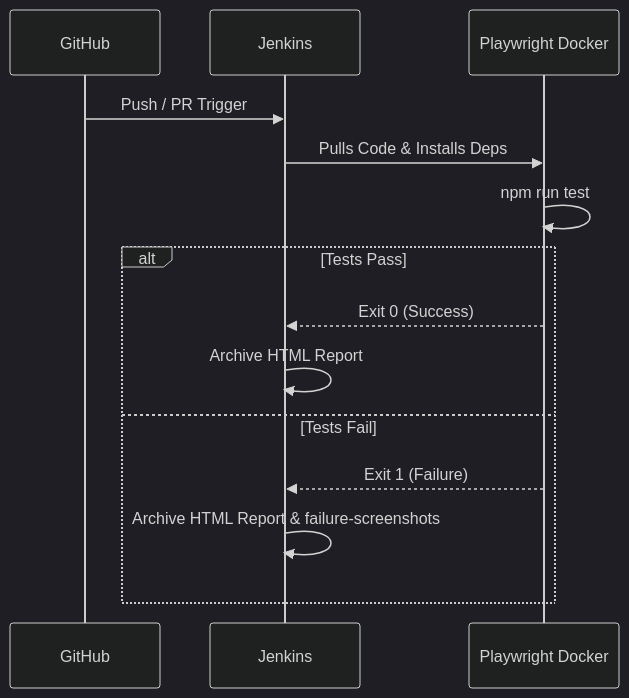
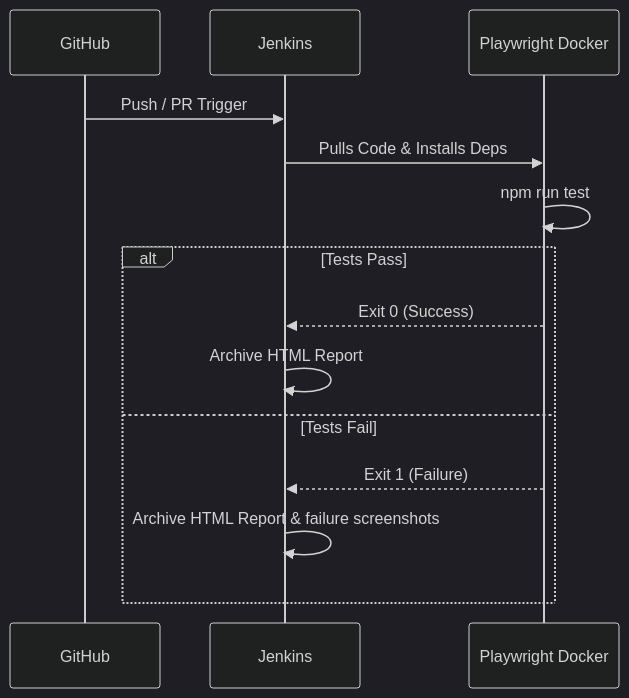
Before and after one commit to bm13gitfiles/mandg-UI-framework: the second of 2 diagrams in README.md, drawn with Mermaid (dark theme). The commit also changed other lines of this file, not shown here.

````diff
--- a/README.md
+++ b/README.md
@@ -190,18 +226,18 @@
 ```mermaid
 sequenceDiagram
     participant GitHub
     participant Jenkins
     participant Playwright Docker
-
+    
     GitHub->>Jenkins: Push / PR Trigger
     Jenkins->>Playwright Docker: Pulls Code & Installs Deps
     Playwright Docker->>Playwright Docker: npm run test
-
+    
     alt Tests Pass
         Playwright Docker-->>Jenkins: Exit 0 (Success)
         Jenkins->>Jenkins: Archive HTML Report
     else Tests Fail
         Playwright Docker-->>Jenkins: Exit 1 (Failure)
-        Jenkins->>Jenkins: Archive HTML Report & failure-screenshots
+        Jenkins->>Jenkins: Archive HTML Report & failure screenshots
     end
 ```
````
